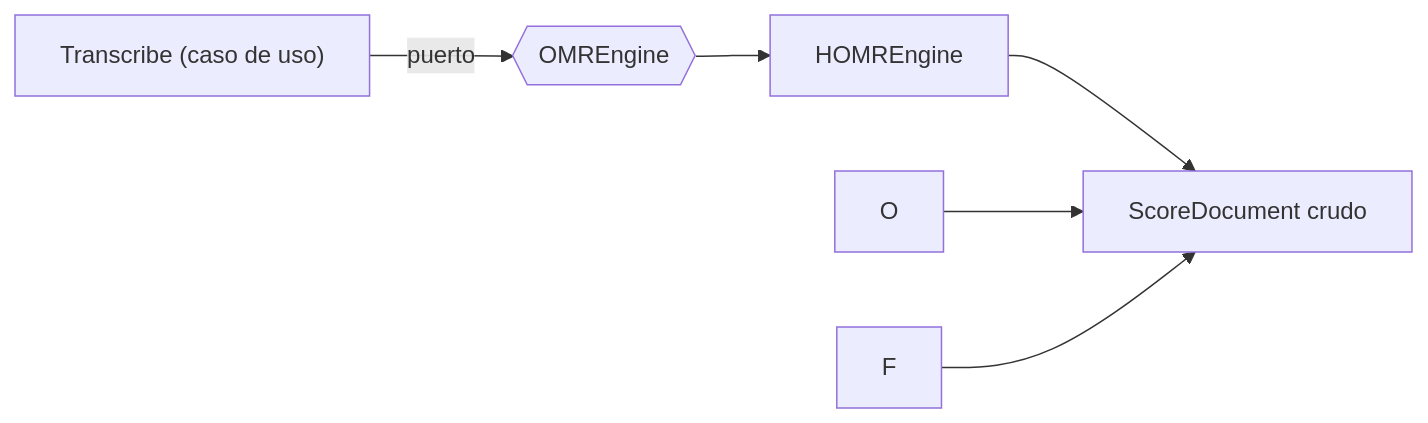
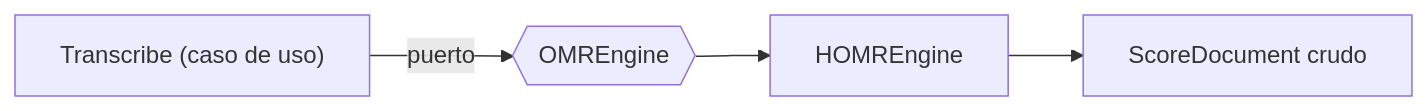
One commit to sebdavid3/Cadenza changed the sixth of 10 diagrams in docs/ARCHITECTURE.md. Above: the diagram before and after it, drawn with Mermaid. The commit also changed other lines of this file and 9 other files, not shown here.

````diff
--- a/docs/ARCHITECTURE.md
+++ b/docs/ARCHITECTURE.md
@@ -426,8 +426,6 @@
 ```mermaid
 flowchart LR
     UC["Transcribe (caso de uso)"] -->|puerto| P{{OMREngine}}
     P --> H["HOMREngine"]
     H --> OUT["ScoreDocument crudo"]
-    O --> OUT
-    F --> OUT
 ```
````
